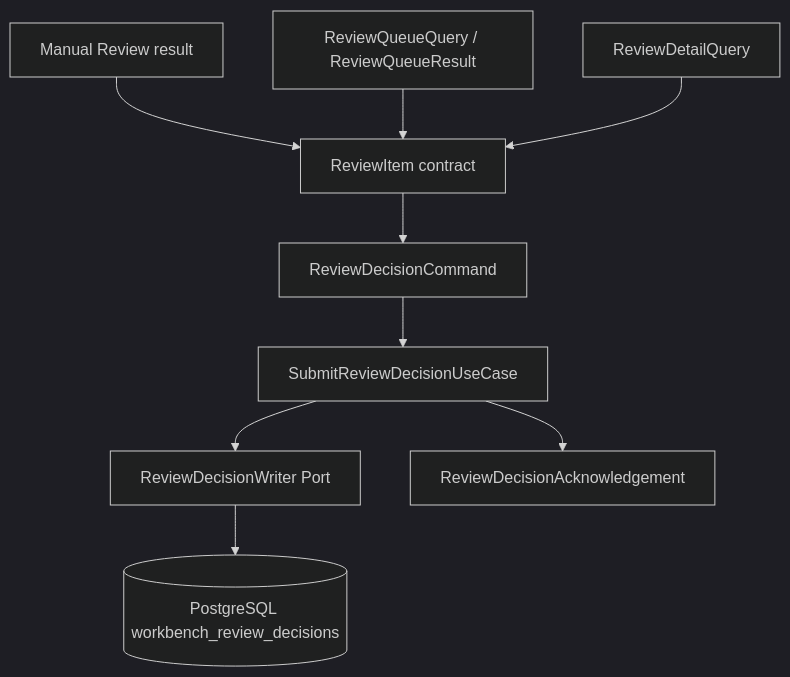
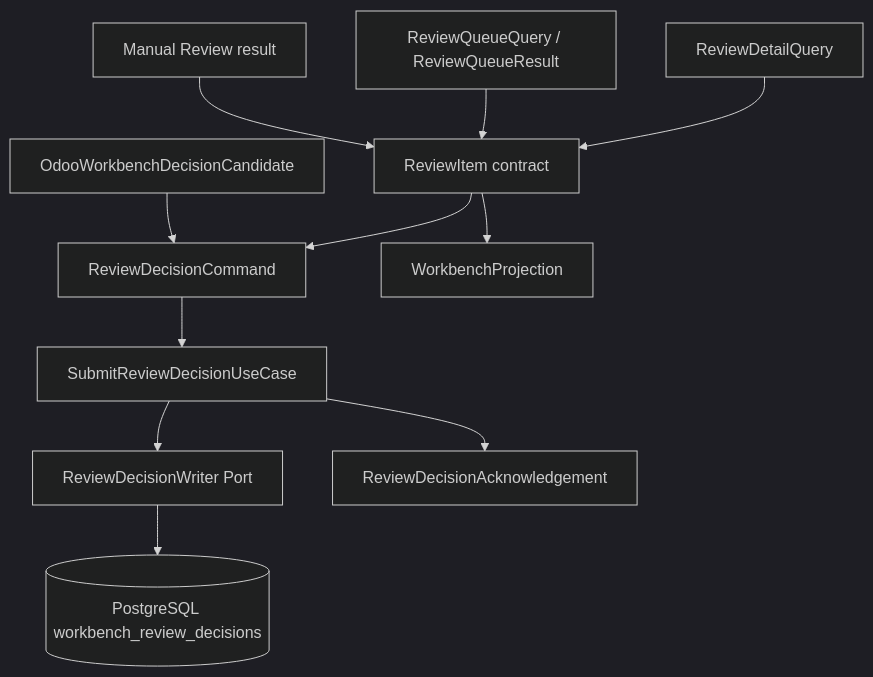
The third of 5 diagrams in docs/WORKFLOWS.md (odurmazoglu/ict-integration-hub), drawn with Mermaid (dark theme) before and after one commit. The commit also changed other lines of this file and 16 other files, not shown here.

Commit message:
architecture: define odoo workbench projection contract

````diff
--- a/docs/WORKFLOWS.md
+++ b/docs/WORKFLOWS.md
@@ -90,21 +90,25 @@
 ```mermaid
 flowchart TB
     ReviewRequired[Manual Review result]
     ReviewItem[ReviewItem contract]
     Queue[ReviewQueueQuery / ReviewQueueResult]
     Detail[ReviewDetailQuery]
     Decision[ReviewDecisionCommand]
+    Projection[WorkbenchProjection]
+    Candidate[OdooWorkbenchDecisionCandidate]
     Submit[SubmitReviewDecisionUseCase]
     Writer[ReviewDecisionWriter Port]
     Store[(PostgreSQL workbench_review_decisions)]
     Ack[ReviewDecisionAcknowledgement]
 
     ReviewRequired --> ReviewItem
+    ReviewItem --> Projection
     Queue --> ReviewItem
     Detail --> ReviewItem
+    Candidate --> Decision
     ReviewItem --> Decision
     Decision --> Submit
     Submit --> Writer
     Writer --> Store
     Submit --> Ack
 ```
````
